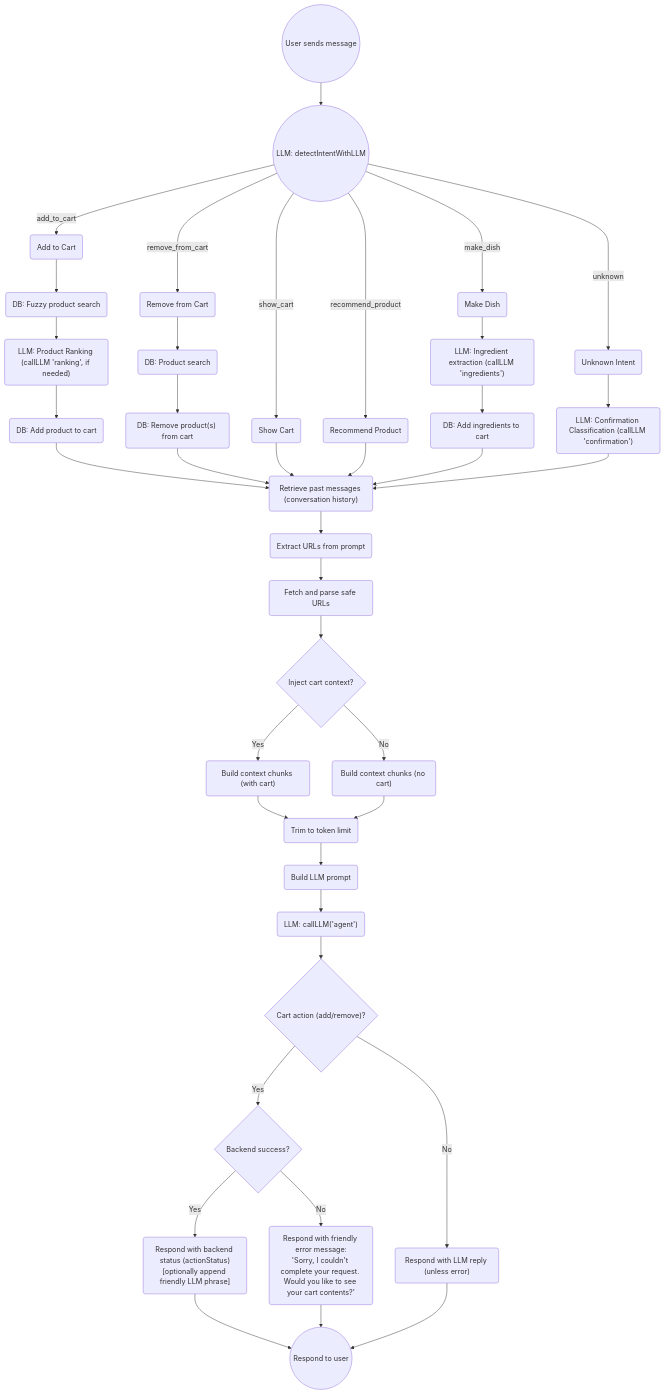
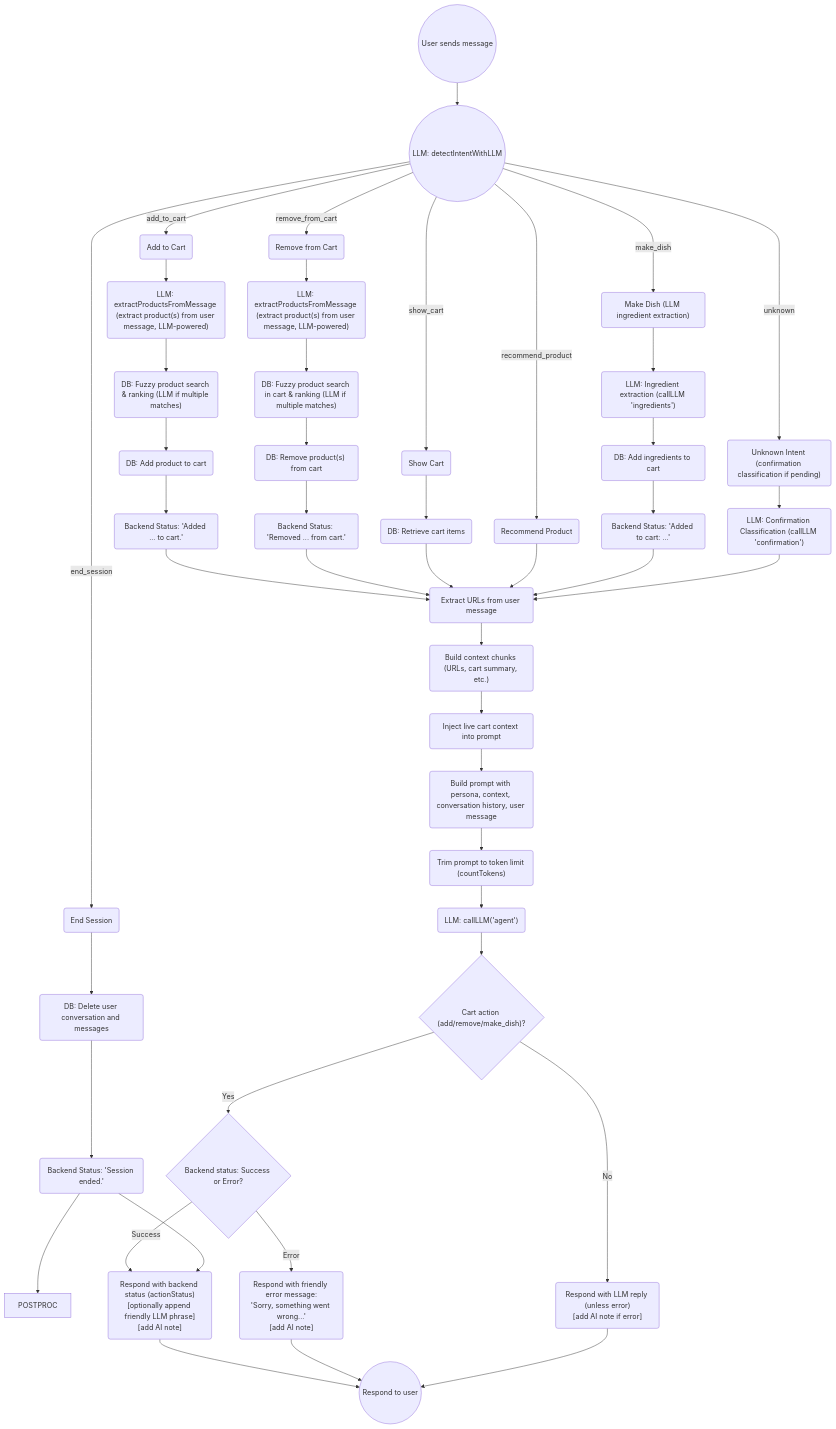
Before and after one commit to osmarbetancourt/ecommerce-ai-agent: the diagram in agent_workflow.md, drawn with Mermaid. The commit also changed 12 other files, not shown here.

````diff
--- a/agent_workflow.md
+++ b/agent_workflow.md
@@ -1,58 +1,68 @@
 ```mermaid
 flowchart TD
     %% User and Intent Detection
     A(("User sends message")) --> B(("LLM: detectIntentWithLLM"))
     B -->|add_to_cart| C1("Add to Cart")
     B -->|remove_from_cart| C2("Remove from Cart")
     B -->|show_cart| C3("Show Cart")
     B -->|recommend_product| C4("Recommend Product")
-    B -->|make_dish| C5("Make Dish")
-    B -->|unknown| C6("Unknown Intent")
+    B -->|make_dish| C5("Make Dish (LLM ingredient extraction)")
+    B -->|end_session| C6("End Session")
+    B -->|unknown| C7("Unknown Intent (confirmation classification if pending)")
 
     %% Add to Cart branch
-    C1 --> D1("DB: Fuzzy product search")
-    D1 --> E1("LLM: Product Ranking (callLLM 'ranking', if needed)")
+    C1 --> D1("LLM: extractProductsFromMessage (extract product(s) from user message, LLM-powered)")
+    D1 --> E1("DB: Fuzzy product search & ranking (LLM if multiple matches)")
     E1 --> F1("DB: Add product to cart")
-    F1 --> RAGa
+    F1 --> G1("Backend Status: 'Added ... to cart.'")
+    G1 --> RAGa
 
     %% Remove from Cart branch
-    C2 --> D2("DB: Product search")
-    D2 --> E2("DB: Remove product(s) from cart")
-    E2 --> RAGa
+    C2 --> D2("LLM: extractProductsFromMessage (extract product(s) from user message, LLM-powered)")
+    D2 --> E2("DB: Fuzzy product search in cart & ranking (LLM if multiple matches)")
+    E2 --> F2("DB: Remove product(s) from cart")
+    F2 --> G2("Backend Status: 'Removed ... from cart.'")
+    G2 --> RAGa
 
     %% Show Cart branch
-    C3 --> RAGa
+    C3 --> D3("DB: Retrieve cart items")
+    D3 --> RAGa
 
     %% Recommend Product branch
     C4 --> RAGa
 
     %% Make Dish branch
     C5 --> D5("LLM: Ingredient extraction (callLLM 'ingredients')")
     D5 --> E5("DB: Add ingredients to cart")
-    E5 --> RAGa
+    E5 --> F5("Backend Status: 'Added to cart: ...'")
+    F5 --> RAGa
 
     %% Unknown branch
-    C6 --> D6("LLM: Confirmation Classification (callLLM 'confirmation')")
-    D6 --> RAGa
+    C7 --> D7("LLM: Confirmation Classification (callLLM 'confirmation')")
+    D7 --> RAGa
 
-    %% RAG Pipeline steps
-    RAGa("Retrieve past messages (conversation history)") --> RAGb("Extract URLs from prompt")
-    RAGb --> RAGc("Fetch and parse safe URLs")
-    RAGc --> RAGd{"Inject cart context?"}
-    RAGd -- Yes --> RAGe("Build context chunks (with cart)")
-    RAGd -- No --> RAGf("Build context chunks (no cart)")
-    RAGe --> RAGg("Trim to token limit")
-    RAGf --> RAGg
-    RAGg --> RAGh("Build LLM prompt")
-    RAGh --> AGENT("LLM: callLLM('agent')")
+    %% End Session branch (direct to post-processing)
+    C6 --> D6("DB: Delete user conversation and messages")
+    D6 --> G6("Backend Status: 'Session ended.'")
+    G6 --> POSTPROC
 
-    %% Post-Processing Logic
-    AGENT --> INTENTCHECK{"Cart action (add/remove)?"}
-    INTENTCHECK -- Yes --> STATUSCHECK{"Backend success?"}
-    STATUSCHECK -- Yes --> USESTATUS("Respond with backend status (actionStatus)\n[optionally append friendly LLM phrase]")
-    STATUSCHECK -- No --> ERRORMSG("Respond with friendly error message:\n'Sorry, I couldn't complete your request. Would you like to see your cart contents?'")
-    INTENTCHECK -- No --> LLMRESP("Respond with LLM reply (unless error)")
+    %% RAG Pipeline steps (context & prompt building)
+    RAGa("Extract URLs from user message") --> RAGb("Build context chunks (URLs, cart summary, etc.)")
+    RAGb --> RAGc("Inject live cart context into prompt")
+    RAGc --> RAGd("Build prompt with persona, context, conversation history, user message")
+    RAGd --> RAGe("Trim prompt to token limit (countTokens)")
+    RAGe --> AGENT("LLM: callLLM('agent')")
+
+    %% Post-Processing Logic (NEW MVP robust rules)
+    AGENT --> INTENTCHECK{"Cart action (add/remove/make_dish)?"}
+    INTENTCHECK -- Yes --> STATUSCHECK{"Backend status: Success or Error?"}
+    STATUSCHECK -- Success --> USESTATUS("Respond with backend status (actionStatus)\n[optionally append friendly LLM phrase]\n[add AI note]")
+    STATUSCHECK -- Error --> ERRORMSG("Respond with friendly error message:\n'Sorry, something went wrong...'\n[add AI note]")
+    INTENTCHECK -- No --> LLMRESP("Respond with LLM reply (unless error)\n[add AI note if error]")
     USESTATUS --> Z(("Respond to user"))
     ERRORMSG --> Z
     LLMRESP --> Z
+
+    %% End session bypasses RAG/LLM and goes straight to post-processing
+    G6 --> USESTATUS
 ```
````
